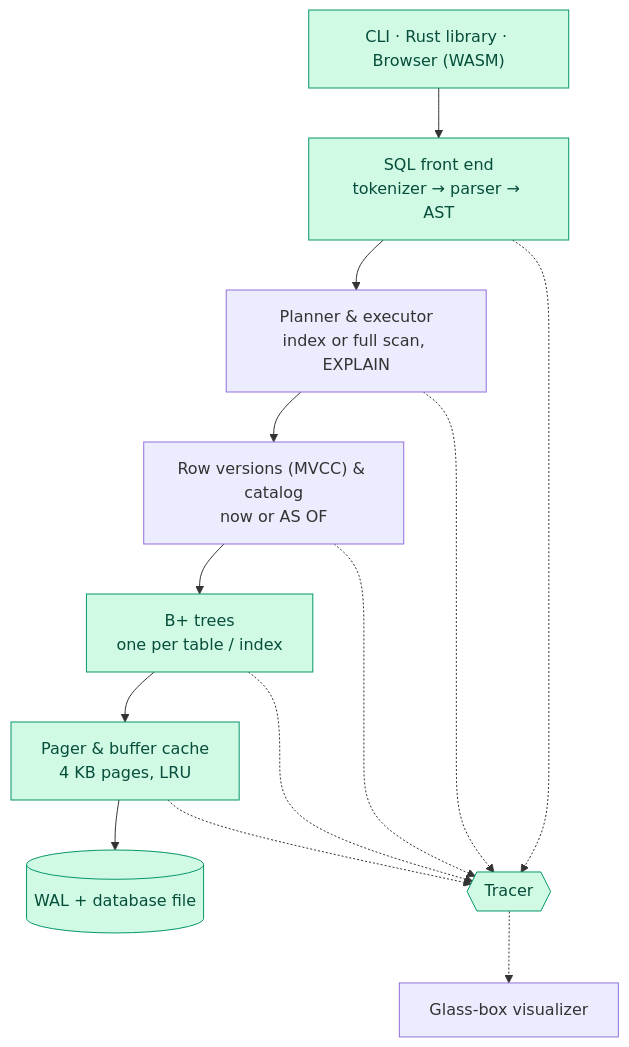
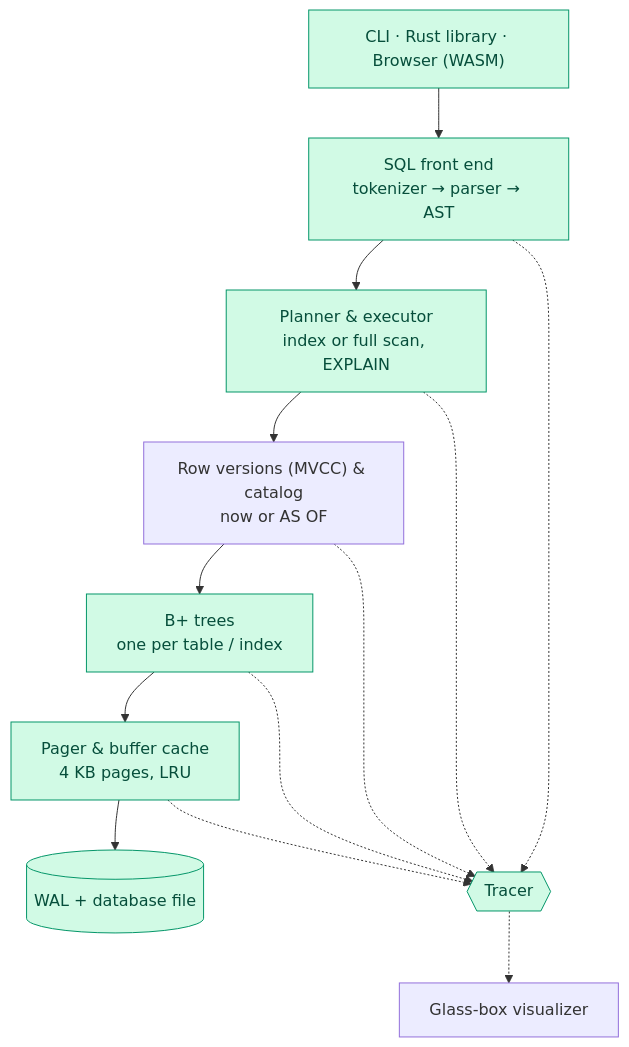
The diagram in README.md (deepsikhabrahma17-sudo/glassdb), drawn with Mermaid before and after one commit. The commit also changed other lines of this file and 30 other files, not shown here.

````diff
--- a/README.md
+++ b/README.md
@@ -153,19 +170,19 @@
 ```mermaid
 flowchart TD
     UI["CLI · Rust library · Browser (WASM)"] --> SQL["SQL front end<br/>tokenizer → parser → AST"]
     SQL --> PLAN["Planner & executor<br/>index or full scan, EXPLAIN"]
     PLAN --> MVCC["Row versions (MVCC) & catalog<br/>now or AS OF"]
     MVCC --> BTREE["B+ trees<br/>one per table / index"]
     BTREE --> PAGER["Pager & buffer cache<br/>4 KB pages, LRU"]
     PAGER --> DISK[("WAL + database file")]
 
     SQL -.-> TRACE{{Tracer}}
     PLAN -.-> TRACE
     MVCC -.-> TRACE
     BTREE -.-> TRACE
     PAGER -.-> TRACE
     TRACE -.-> VIZ["Glass-box visualizer"]
 
     classDef done fill:#d1fae5,stroke:#059669,color:#064e3b
-    class SQL,BTREE,PAGER,DISK,UI,TRACE done
+    class SQL,PLAN,BTREE,PAGER,DISK,UI,TRACE done
 ```
````
